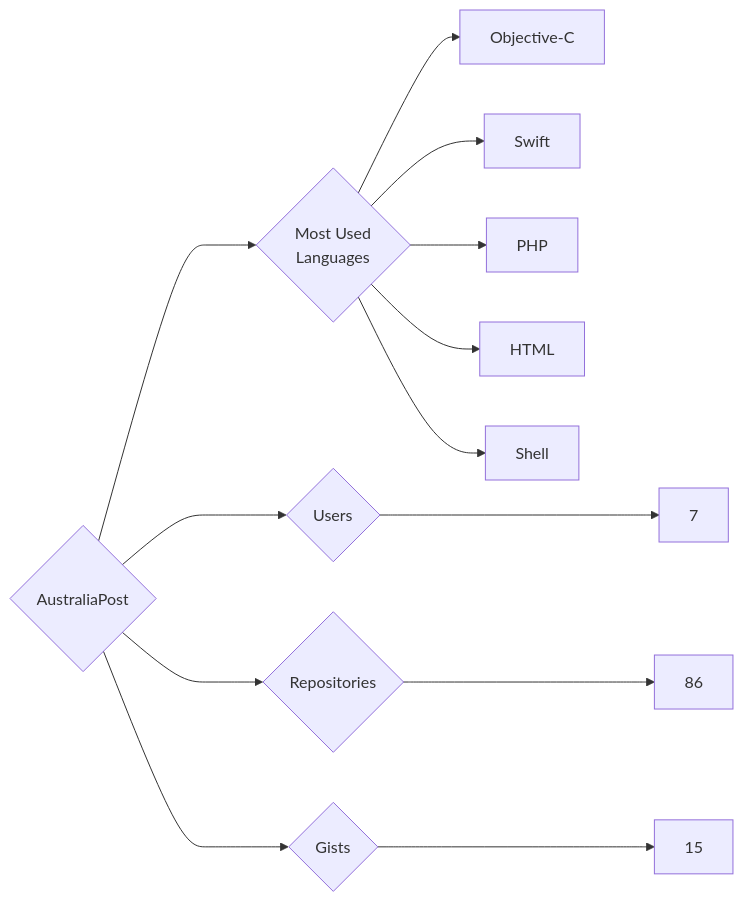
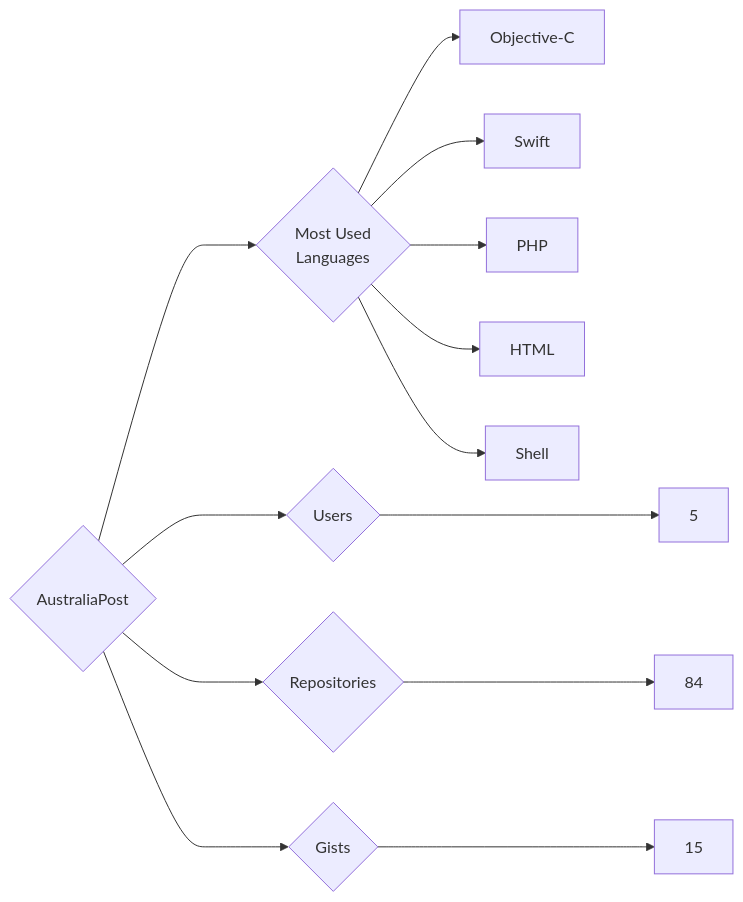
One commit to trickest/insiders changed the diagram in targets/AustraliaPost/README.md. Above: the diagram before and after it, drawn with Mermaid. The commit also changed 724 other files, not shown here.

````diff
--- a/targets/AustraliaPost/README.md
+++ b/targets/AustraliaPost/README.md
@@ -3,13 +3,13 @@
 ```mermaid
 graph LR
 COMPANY_NAME{AustraliaPost}
-COMPANY_NAME ---> U{Users} ---> UN[7]
-COMPANY_NAME ---> R{Repositories} ---> RN[86]
+COMPANY_NAME ---> U{Users} ---> UN[5]
+COMPANY_NAME ---> R{Repositories} ---> RN[84]
 COMPANY_NAME ---> G{Gists} ---> GN[15]
 COMPANY_NAME ---> ML{Most Used<br>Languages}
 ML --> Objective-C[Objective-C]
 ML --> Swift[Swift]
 ML --> PHP[PHP]
 ML --> HTML[HTML]
 ML --> Shell[Shell]
 ```
````
